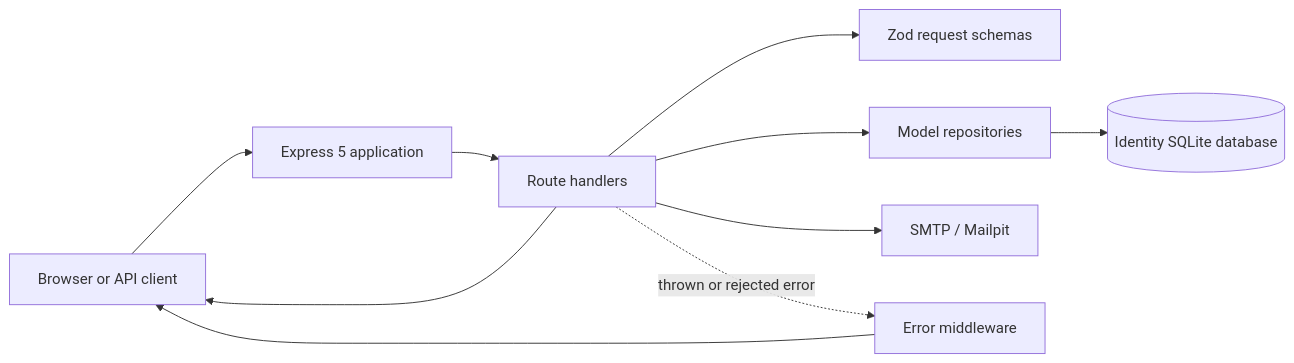
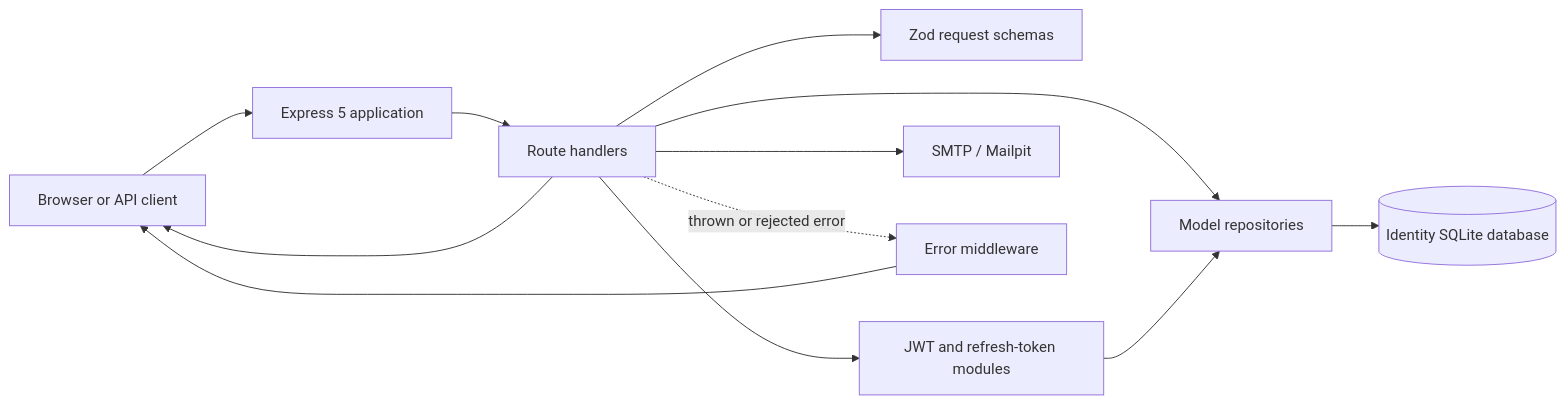
The first of 3 diagrams in auth/README.md (h19overflow/stubhub), drawn with Mermaid before and after one commit. The commit also changed other lines of this file, not shown here.

Commit message:
adding the info abuot jwt to docs

````diff
--- a/auth/README.md
+++ b/auth/README.md
@@ -38,21 +38,24 @@
 ```mermaid
 flowchart LR
     Client[Browser or API client]
     Express[Express 5 application]
     Routes[Route handlers]
     Schemas[Zod request schemas]
     Repo[Model repositories]
+    Tokens[JWT and refresh-token modules]
     SQLite[(Identity SQLite database)]
     SMTP[SMTP / Mailpit]
     Errors[Error middleware]
 
     Client --> Express
     Express --> Routes
     Routes --> Schemas
     Routes --> Repo
+    Routes --> Tokens
+    Tokens --> Repo
     Repo --> SQLite
     Routes --> SMTP
     Routes -. thrown or rejected error .-> Errors
     Errors --> Client
     Routes --> Client
 ```
````
